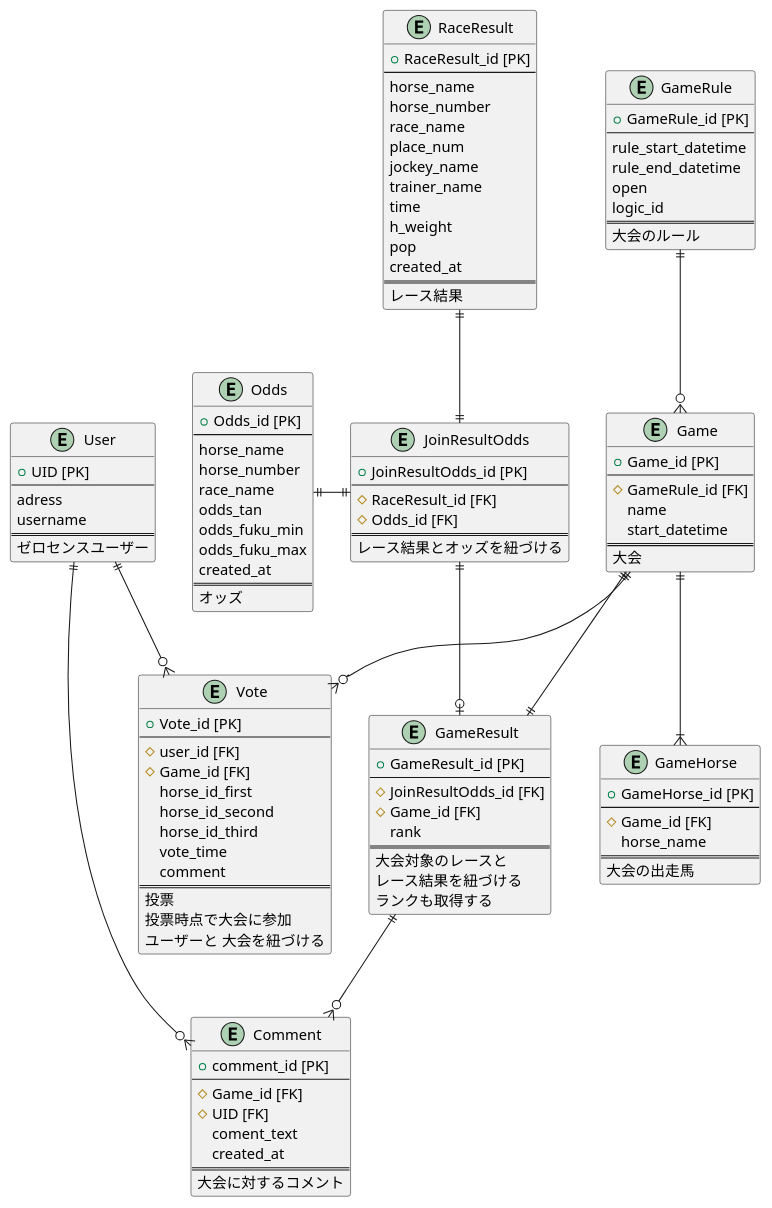
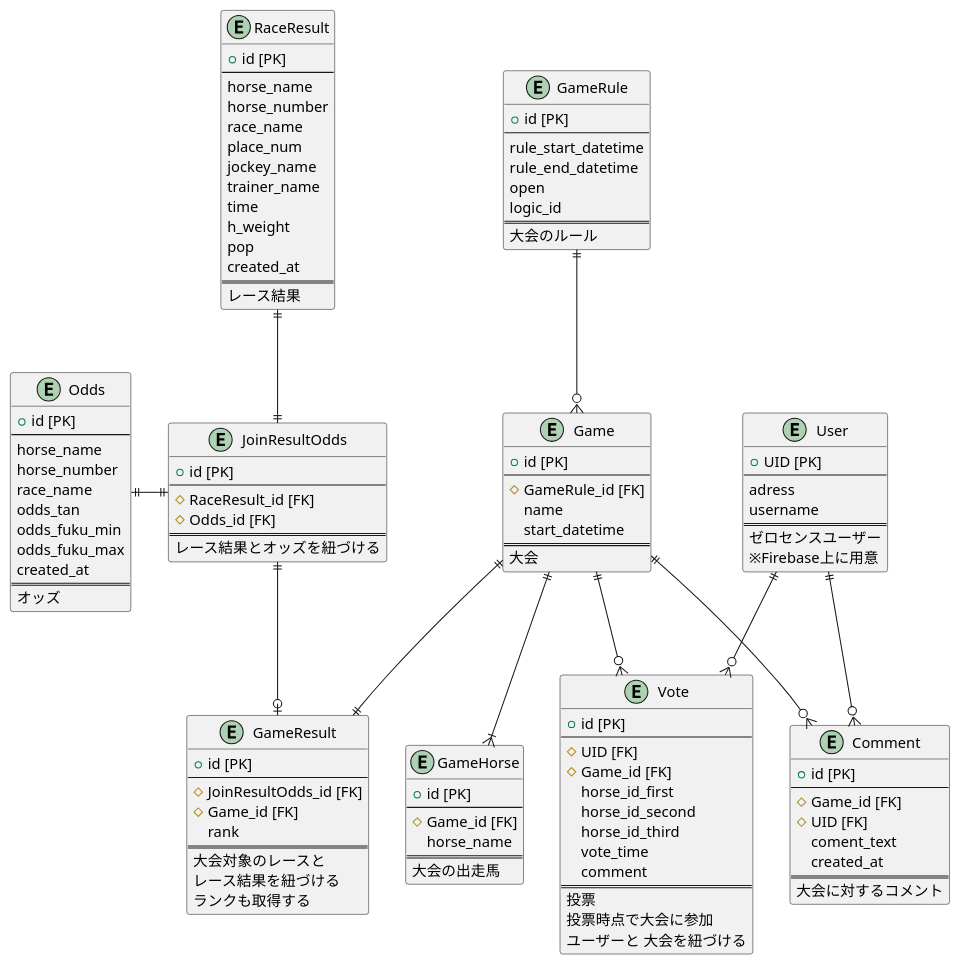
The diagram in UML/ER.pu (Kengo106/zerosense), drawn with PlantUML before and after one commit. The commit also changed 7 other files, not shown here.

```diff
--- a/UML/ER.pu
+++ b/UML/ER.pu
@@ -1,132 +1,133 @@
 @startuml zerosense
 
 entity "RaceResult" as RaceResult {
-  + RaceResult_id [PK]
+  + id [PK]
   --
   horse_name
   horse_number
   race_name
   place_num
   jockey_name
   trainer_name
   time
   h_weight
   pop
   created_at
   ==
   レース結果
 }
 
 entity "Odds" as Odds {
-  + Odds_id [PK]
+  + id [PK]
   --
   horse_name
   horse_number
   race_name
   odds_tan
   odds_fuku_min
   odds_fuku_max
   created_at
   ==
   オッズ
 }
 
 entity "JoinResultOdds" as JoinResultOdds {
-  + JoinResultOdds_id [PK]
+  + id [PK]
   --
   # RaceResult_id [FK]
   # Odds_id [FK]
   ==
   レース結果とオッズを紐づける
 }
 
 entity User {
   + UID [PK]
   --
   adress 
   username
   ==
   ゼロセンスユーザー
+  ※Firebase上に用意
 }
 
 entity Game {
-  + Game_id [PK]
+  + id [PK]
   --
   # GameRule_id [FK]
   name
   start_datetime
   ==
   大会
 }
 
 entity GameRule {
-  + GameRule_id [PK]
+  + id [PK]
   --
   rule_start_datetime
   rule_end_datetime
   open
   logic_id
   ==
   大会のルール
 }
 
 entity Vote {
-  + Vote_id [PK]
+  + id [PK]
   --
-  # user_id [FK]
+  # UID [FK]
   # Game_id [FK]
   horse_id_first
   horse_id_second
   horse_id_third
   vote_time
   comment
   ==
   投票
   投票時点で大会に参加
   ユーザーと 大会を紐づける
 }
 
 entity GameResult{
-  + GameResult_id [PK]
+  + id [PK]
   --
   # JoinResultOdds_id [FK]
   # Game_id [FK]
   rank
   ==
   大会対象のレースと
   レース結果を紐づける
   ランクも取得する  
 }
 
 entity GameHorse {
-  + GameHorse_id [PK]
+  + id [PK]
   --
   # Game_id [FK]
   horse_name
   ==
   大会の出走馬
 }
 
 entity Comment {
-  + comment_id [PK]
+  + id [PK]
   --
   # Game_id [FK]
   # UID [FK]
   coment_text
   created_at
   ==
   大会に対するコメント
 }
 
 Game ||--|| GameResult
 User ||--o{ Vote
 Game ||--o{ Vote
 Game ||--|{ GameHorse
 User ||--o{ Comment
-GameResult ||--o{ Comment
+Game ||--o{ Comment
 GameRule ||--o{ Game
 RaceResult ||--|| JoinResultOdds
 Odds ||-|| JoinResultOdds
 JoinResultOdds ||--o|GameResult
 
 @enduml
```
